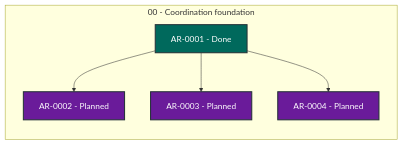
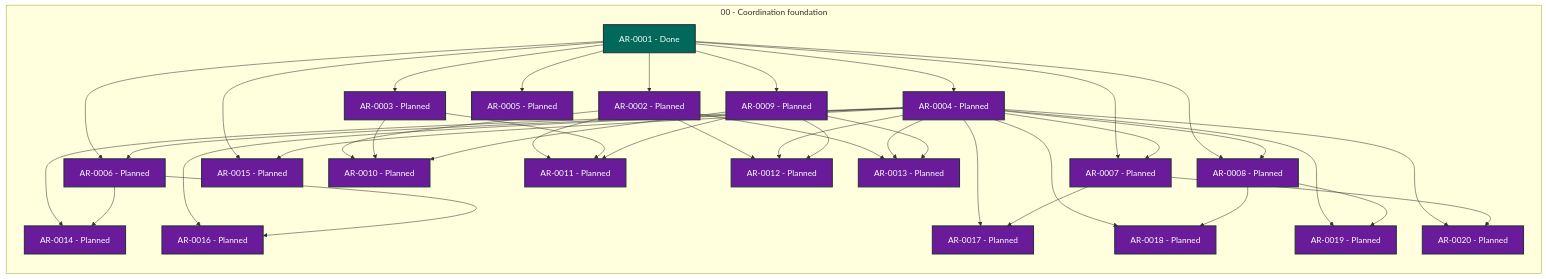
Before and after one commit to martin-beck/agent-workflow-guidance-state: the diagram in STATUS.md, drawn with Mermaid. The commit also changed other lines of this file and 19 other files, not shown here.

````diff
--- a/STATUS.md
+++ b/STATUS.md
@@ -27,21 +27,71 @@
 ```mermaid
 flowchart LR
     subgraph series_00["00 - Coordination foundation"]
         direction TB
         AR_0001["AR-0001 - Done"]:::status_done
         AR_0002["AR-0002 - Planned"]:::status_planned
         AR_0003["AR-0003 - Planned"]:::status_planned
         AR_0004["AR-0004 - Planned"]:::status_planned
+        AR_0005["AR-0005 - Planned"]:::status_planned
+        AR_0006["AR-0006 - Planned"]:::status_planned
+        AR_0007["AR-0007 - Planned"]:::status_planned
+        AR_0008["AR-0008 - Planned"]:::status_planned
+        AR_0009["AR-0009 - Planned"]:::status_planned
+        AR_0010["AR-0010 - Planned"]:::status_planned
+        AR_0011["AR-0011 - Planned"]:::status_planned
+        AR_0012["AR-0012 - Planned"]:::status_planned
+        AR_0013["AR-0013 - Planned"]:::status_planned
+        AR_0014["AR-0014 - Planned"]:::status_planned
+        AR_0015["AR-0015 - Planned"]:::status_planned
+        AR_0016["AR-0016 - Planned"]:::status_planned
+        AR_0017["AR-0017 - Planned"]:::status_planned
+        AR_0018["AR-0018 - Planned"]:::status_planned
+        AR_0019["AR-0019 - Planned"]:::status_planned
+        AR_0020["AR-0020 - Planned"]:::status_planned
     end
     AR_0001 --> AR_0002
     AR_0001 --> AR_0003
     AR_0001 --> AR_0004
+    AR_0001 --> AR_0005
+    AR_0001 --> AR_0006
+    AR_0001 --> AR_0007
+    AR_0001 --> AR_0008
+    AR_0001 --> AR_0009
+    AR_0001 --> AR_0015
+    AR_0002 --> AR_0010
+    AR_0002 --> AR_0011
+    AR_0002 --> AR_0012
+    AR_0002 --> AR_0013
+    AR_0003 --> AR_0010
+    AR_0003 --> AR_0011
+    AR_0004 --> AR_0006
+    AR_0004 --> AR_0007
+    AR_0004 --> AR_0008
+    AR_0004 --> AR_0012
+    AR_0004 --> AR_0013
+    AR_0004 --> AR_0014
+    AR_0004 --> AR_0015
+    AR_0004 --> AR_0016
+    AR_0004 --> AR_0017
+    AR_0004 --> AR_0018
+    AR_0004 --> AR_0019
+    AR_0004 --> AR_0020
+    AR_0006 --> AR_0014
+    AR_0006 --> AR_0016
+    AR_0007 --> AR_0017
+    AR_0007 --> AR_0020
+    AR_0008 --> AR_0018
+    AR_0008 --> AR_0019
+    AR_0009 --> AR_0010
+    AR_0009 --> AR_0011
+    AR_0009 --> AR_0012
+    AR_0009 --> AR_0013
     classDef status_in_progress fill:#1565c0,color:#ffffff,stroke:#263238,stroke-width:2px
     classDef status_open fill:#2e7d32,color:#ffffff,stroke:#263238,stroke-width:2px
     classDef status_blocked fill:#c62828,color:#ffffff,stroke:#263238,stroke-width:2px
     classDef status_planned fill:#6a1b9a,color:#ffffff,stroke:#263238,stroke-width:2px
     classDef status_future fill:#455a64,color:#ffffff,stroke:#263238,stroke-width:2px
     classDef status_done fill:#00695c,color:#ffffff,stroke:#263238,stroke-width:2px
     classDef status_cancelled fill:#616161,color:#ffffff,stroke:#263238,stroke-width:2px
     classDef status_superseded fill:#5d4037,color:#ffffff,stroke:#263238,stroke-width:2px
 ```
````
